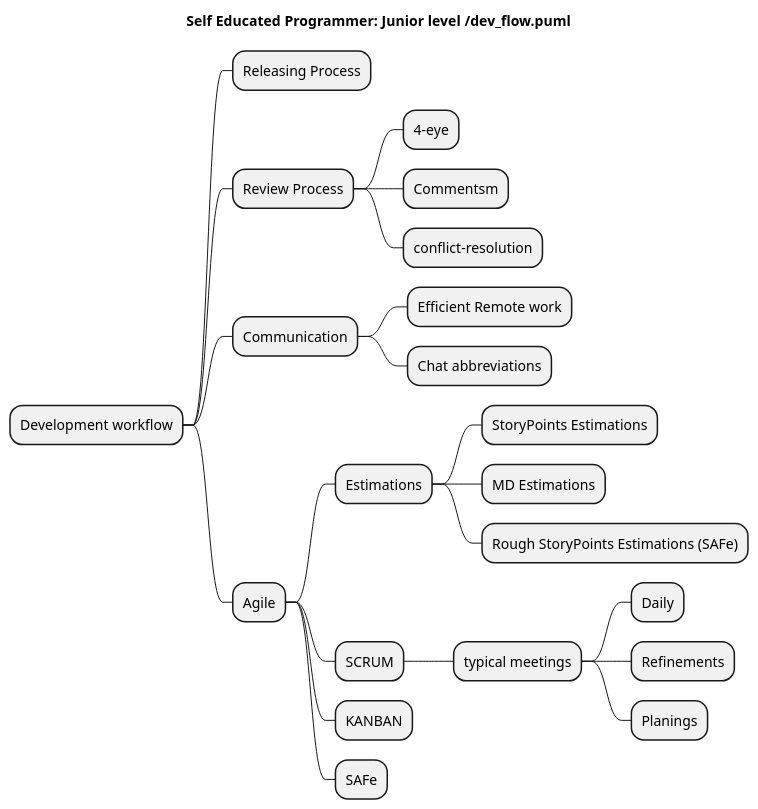
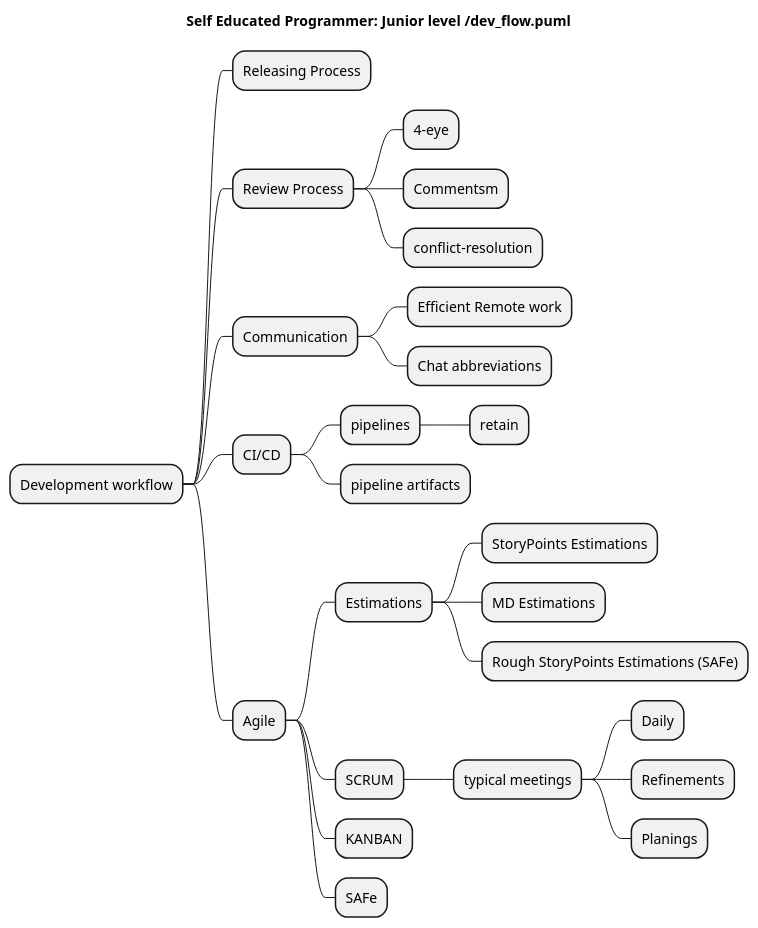
Before and after one commit to SmartSoftDev/self_educated_software_programmer_path: the diagram in src/dev_flow.puml, drawn with PlantUML. The commit also changed 5 other files, not shown here.

```diff
--- a/src/dev_flow.puml
+++ b/src/dev_flow.puml
@@ -1,26 +1,30 @@
 @startmindmap
 title Self Educated Programmer: Junior level /dev_flow.puml
 
 
 * Development workflow
 ** Releasing Process
 ** Review Process
 *** 4-eye
 *** Commentsm
 *** conflict-resolution
 ** Communication
 *** Efficient Remote work
 *** Chat abbreviations
+** CI/CD
+*** pipelines
+**** retain
+*** pipeline artifacts
 ** Agile
 *** Estimations
 **** StoryPoints Estimations
 **** MD Estimations
 **** Rough StoryPoints Estimations (SAFe)
 *** SCRUM
 **** typical meetings
 ***** Daily
 ***** Refinements
 ***** Planings
 *** KANBAN
 *** SAFe
 @endmindmap
```
